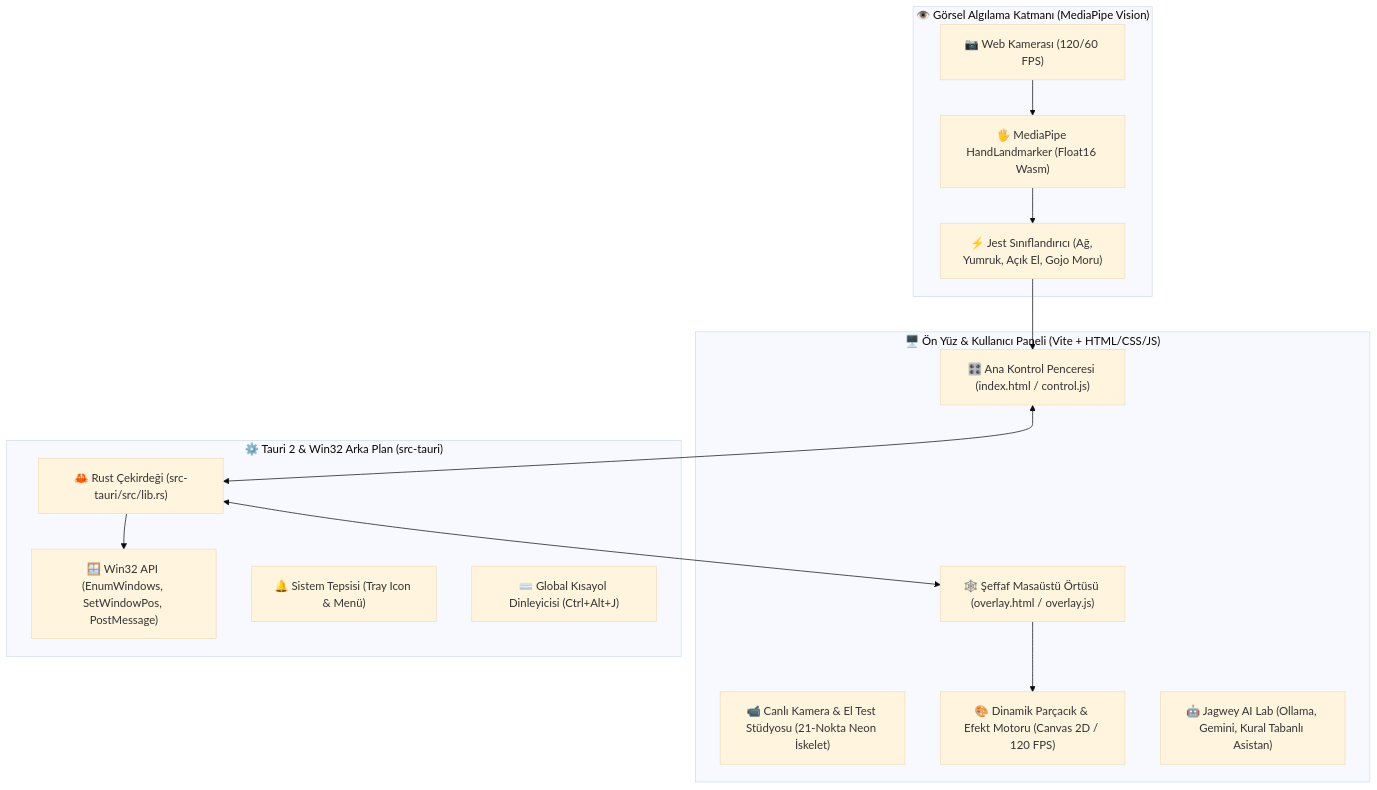
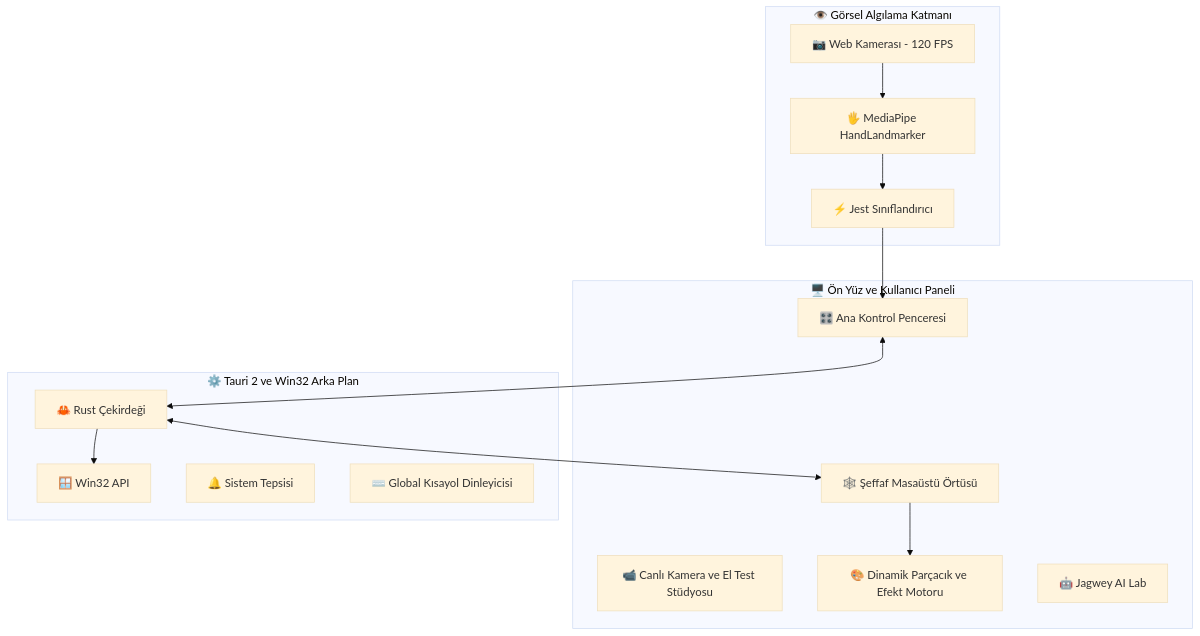
The diagram in PROGRESS.md (jagwey/web-shooter), drawn with Mermaid (base theme) before and after one commit. The commit also changed 1 other file, not shown here.

Commit message:
docs(readme): fix github mermaid renders, remove raw ampersands, add all new feature docs

````diff
--- a/PROGRESS.md
+++ b/PROGRESS.md
@@ -13,30 +13,30 @@
 ```mermaid
 flowchart TD
-    subgraph Frontend["🖥️ Ön Yüz & Kullanıcı Paneli (Vite + HTML/CSS/JS)"]
-        Control["🎛️ Ana Kontrol Penceresi (index.html / control.js)"]
-        Overlay["🕸️ Şeffaf Masaüstü Örtüsü (overlay.html / overlay.js)"]
-        LiveStudio["📹 Canlı Kamera & El Test Stüdyosu (21-Nokta Neon İskelet)"]
-        FXEngine["🎨 Dinamik Parçacık & Efekt Motoru (Canvas 2D / 120 FPS)"]
-        AISuite["🤖 Jagwey AI Lab (Ollama, Gemini, Kural Tabanlı Asistan)"]
+    subgraph Frontend["🖥️ Ön Yüz ve Kullanıcı Paneli"]
+        Control["🎛️ Ana Kontrol Penceresi"]
+        Overlay["🕸️ Şeffaf Masaüstü Örtüsü"]
+        LiveStudio["📹 Canlı Kamera ve El Test Stüdyosu"]
+        FXEngine["🎨 Dinamik Parçacık ve Efekt Motoru"]
+        AISuite["🤖 Jagwey AI Lab"]
     end
 
-    subgraph Vision["👁️ Görsel Algılama Katmanı (MediaPipe Vision)"]
-        Webcam["📷 Web Kamerası (120/60 FPS)"]
-        HandLandmarker["🖐️ MediaPipe HandLandmarker (Float16 Wasm)"]
-        Classifier["⚡ Jest Sınıflandırıcı (Ağ, Yumruk, Açık El, Gojo Moru)"]
+    subgraph Vision["👁️ Görsel Algılama Katmanı"]
+        Webcam["📷 Web Kamerası - 120 FPS"]
+        HandLandmarker["🖐️ MediaPipe HandLandmarker"]
+        Classifier["⚡ Jest Sınıflandırıcı"]
         Webcam --> HandLandmarker --> Classifier
     end
 
-    subgraph Backend["⚙️ Tauri 2 & Win32 Arka Plan (src-tauri)"]
-        RustLib["🦀 Rust Çekirdeği (src-tauri/src/lib.rs)"]
-        Win32Bridge["🪟 Win32 API (EnumWindows, SetWindowPos, PostMessage)"]
-        Tray["🔔 Sistem Tepsisi (Tray Icon & Menü)"]
-        Hotkeys["⌨️ Global Kısayol Dinleyicisi (Ctrl+Alt+J)"]
+    subgraph Backend["⚙️ Tauri 2 ve Win32 Arka Plan"]
+        RustLib["🦀 Rust Çekirdeği"]
+        Win32Bridge["🪟 Win32 API"]
+        Tray["🔔 Sistem Tepsisi"]
+        Hotkeys["⌨️ Global Kısayol Dinleyicisi"]
     end
 
     Classifier --> Control
     Control <--> RustLib
     RustLib --> Win32Bridge
     RustLib <--> Overlay
     Overlay --> FXEngine
 ```
````
